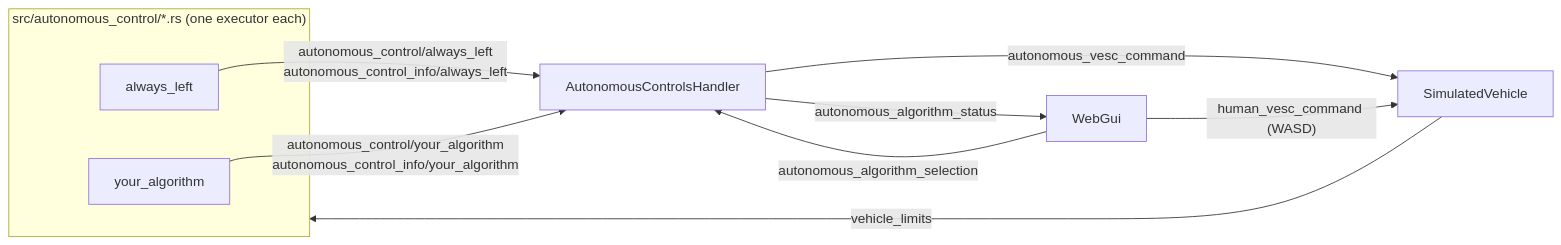
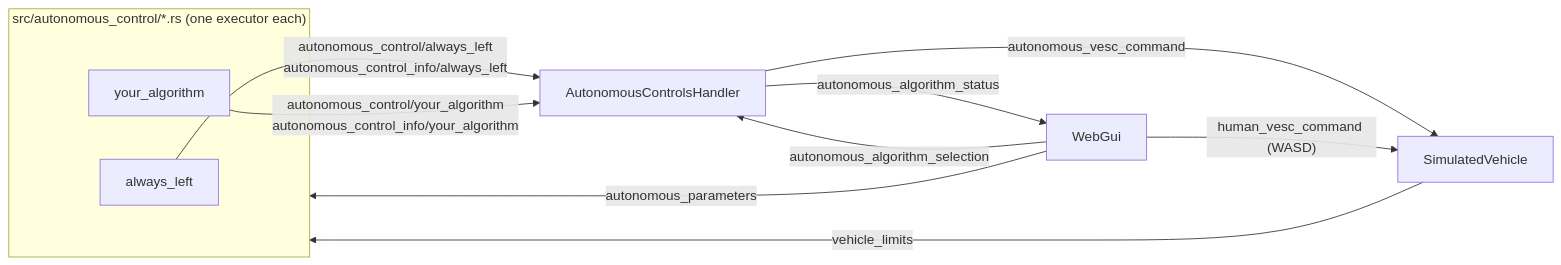
The first of 2 diagrams in documentation/autonomous_algorithms.md (Noce99/AuRoRus), drawn with Mermaid before and after one commit. The commit also changed other lines of this file and 11 other files, not shown here.

````diff
--- a/documentation/autonomous_algorithms.md
+++ b/documentation/autonomous_algorithms.md
@@ -12,16 +12,17 @@
 ```mermaid
 flowchart LR
     subgraph algos["src/autonomous_control/*.rs (one executor each)"]
         A1["always_left"]
         A2["your_algorithm"]
     end
 
     A1 -- "autonomous_control/always_left\nautonomous_control_info/always_left" --> H
     A2 -- "autonomous_control/your_algorithm\nautonomous_control_info/your_algorithm" --> H
 
     W["WebGui"] -- "autonomous_algorithm_selection" --> H["AutonomousControlsHandler"]
+    W -- "autonomous_parameters" --> algos
     H -- "autonomous_algorithm_status" --> W
     H -- "autonomous_vesc_command" --> V["SimulatedVehicle"]
     W -- "human_vesc_command (WASD)" --> V
     V -- "vehicle_limits" --> algos
 ```
````
